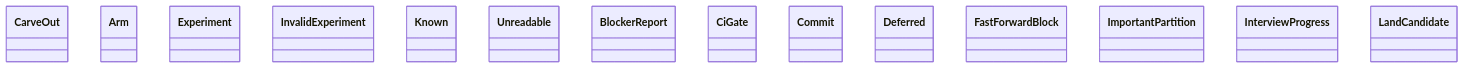
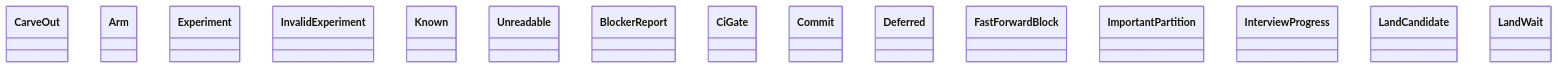
Before and after one commit to GonzaloZevallos/agentic-system: the diagram in docs/architecture/generated/classes-process-domain-state-1.md, drawn with Mermaid. The commit also changed 10 other files, not shown here.

````diff
--- a/docs/architecture/generated/classes-process-domain-state-1.md
+++ b/docs/architecture/generated/classes-process-domain-state-1.md
@@ -28,17 +28,18 @@
 ```mermaid
 classDiagram
     class carve_out__CarveOut["CarveOut"]
     class experiment__Arm["Arm"]
     class experiment__Experiment["Experiment"]
     class experiment__InvalidExperiment["InvalidExperiment"]
     class lead_time__Known["Known"]
     class lead_time__Unreadable["Unreadable"]
     class rules__BlockerReport["BlockerReport"]
     class rules__CiGate["CiGate"]
     class rules__Commit["Commit"]
     class rules__Deferred["Deferred"]
     class rules__FastForwardBlock["FastForwardBlock"]
     class rules__ImportantPartition["ImportantPartition"]
     class rules__InterviewProgress["InterviewProgress"]
     class rules__LandCandidate["LandCandidate"]
+    class rules__LandWait["LandWait"]
 ```
````
